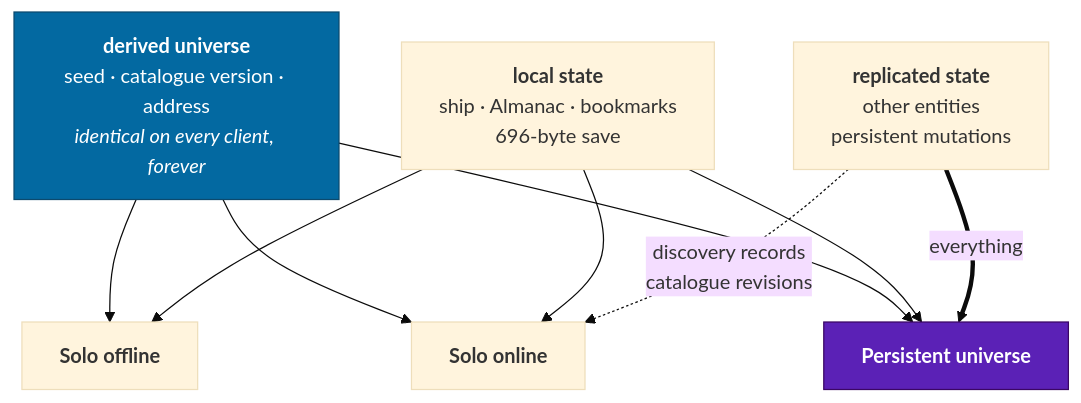
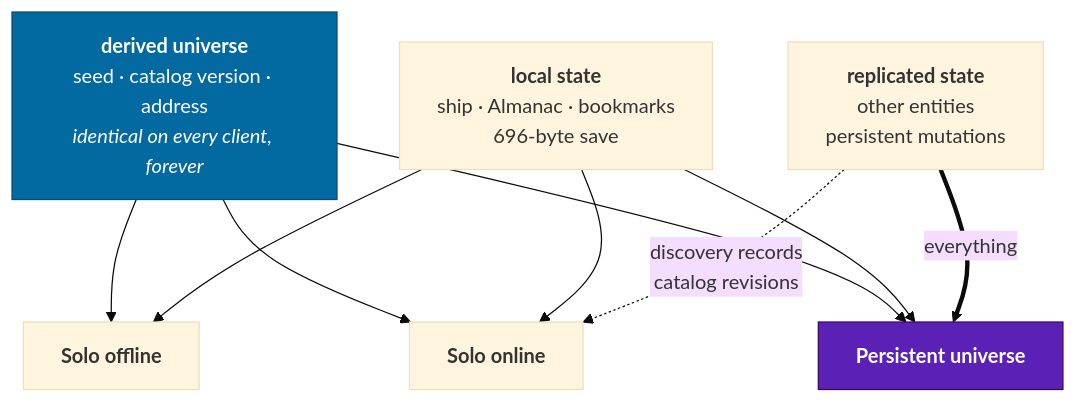
Before and after one commit to jonjaques/inertialref: the diagram in docs/design/modes.md, drawn with Mermaid (base theme). The commit also changed other lines of this file and 83 other files, not shown here.

````diff
--- a/docs/design/modes.md
+++ b/docs/design/modes.md
@@ -44,18 +44,18 @@
 ```mermaid
 flowchart TB
-    BASE["<b>derived universe</b><br/>seed · catalogue version · address<br/><i>identical on every client, forever</i>"]
+    BASE["<b>derived universe</b><br/>seed · catalog version · address<br/><i>identical on every client, forever</i>"]
     LOCAL["<b>local state</b><br/>ship · Almanac · bookmarks<br/>696-byte save"]
     NET["<b>replicated state</b><br/>other entities<br/>persistent mutations"]
 
     BASE --> SOLO["<b>Solo offline</b>"]
     LOCAL --> SOLO
     BASE --> SON["<b>Solo online</b>"]
     LOCAL --> SON
-    NET -.->|"discovery records<br/>catalogue revisions"| SON
+    NET -.->|"discovery records<br/>catalog revisions"| SON
     BASE --> PU["<b>Persistent universe</b>"]
     LOCAL --> PU
     NET ==>|"everything"| PU
 
     style BASE fill:#0369a1,stroke:#0c4a6e,color:#fff
     style PU fill:#5b21b6,stroke:#3b0764,color:#fff
 ```
````
